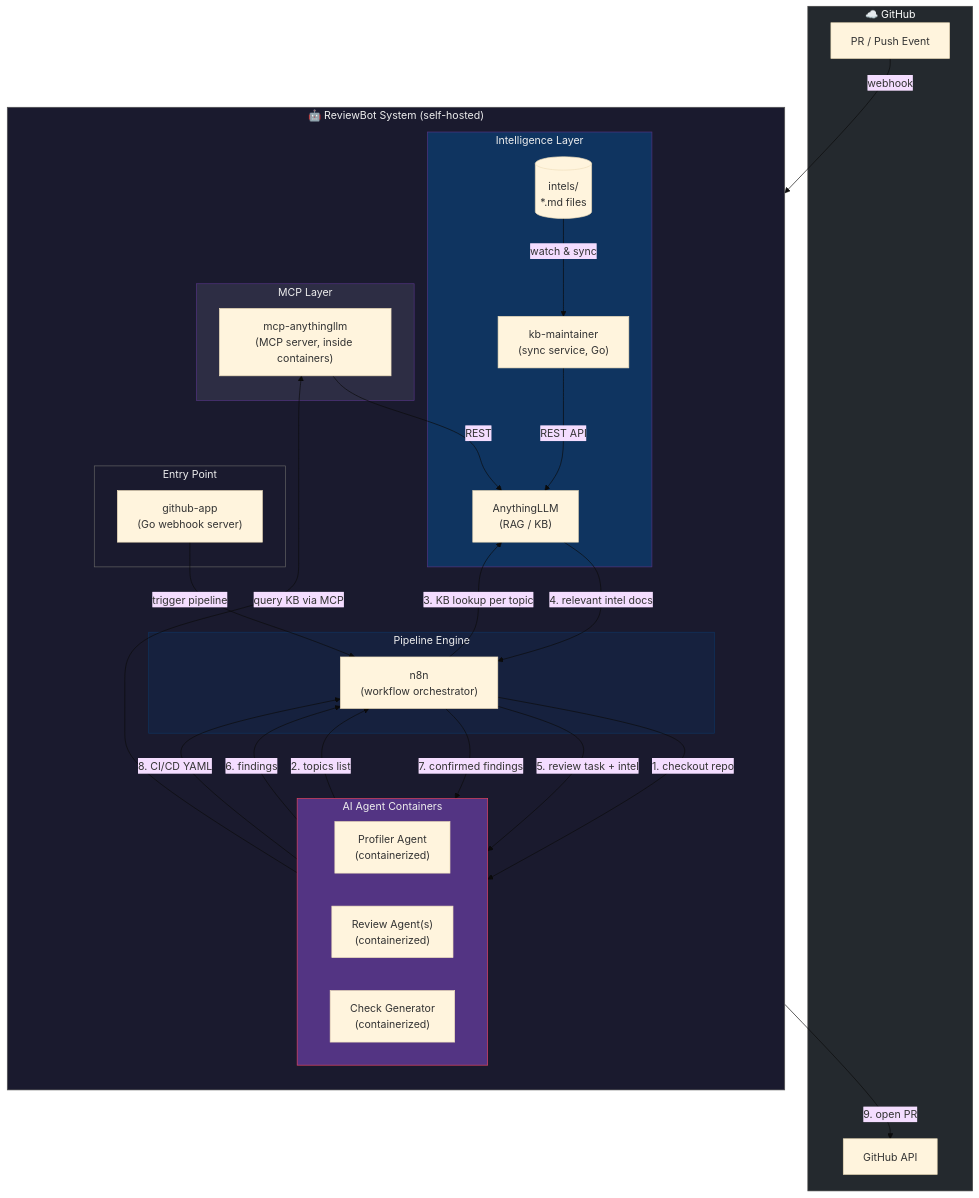
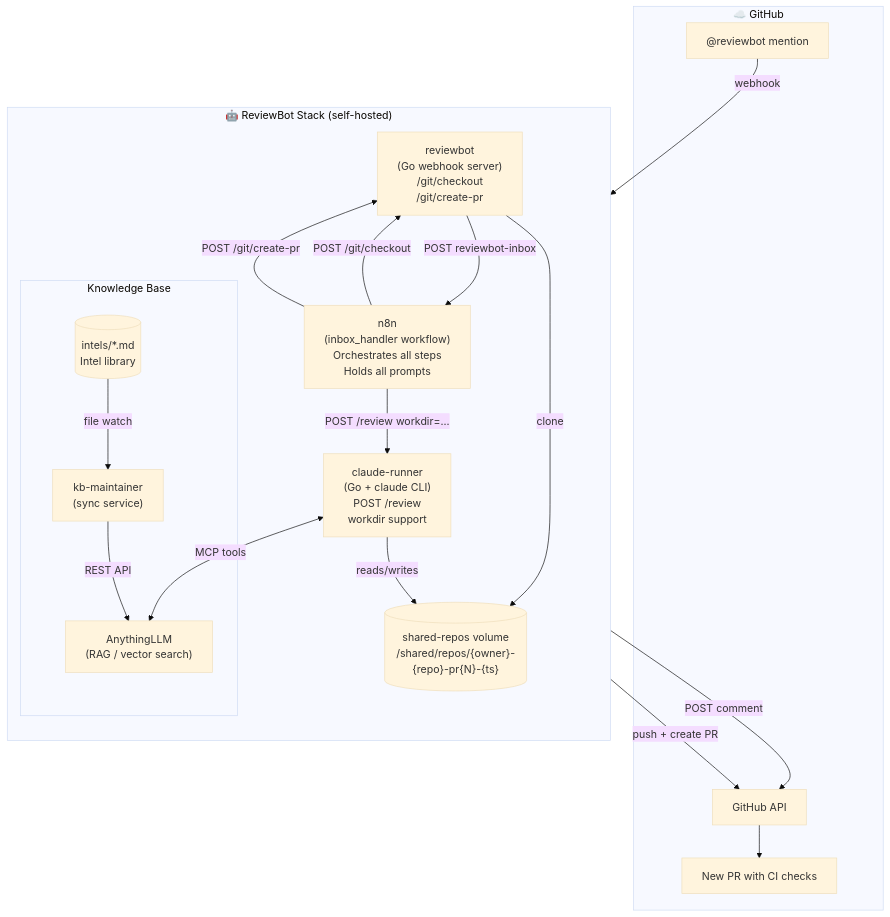
The diagram in ARCHITECTURE.md (korjavin/reviewbot), drawn with Mermaid (base theme) before and after one commit. The commit also changed other lines of this file and 13 other files, not shown here.

First line of the commit message:
feat: add inbox_handler pipeline — checkout, workdir, git ops endpoints

````diff
--- a/ARCHITECTURE.md
+++ b/ARCHITECTURE.md
@@ -151,62 +212,40 @@
 ```mermaid
 graph TB
     subgraph GITHUB["☁️ GitHub"]
-        GH_PR["PR / Push Event"]
+        GH_COMMENT["@reviewbot mention"]
         GH_API["GitHub API"]
+        GH_PR["New PR with CI checks"]
     end
 
-    subgraph REVIEWBOT["🤖 ReviewBot System (self-hosted)"]
+    subgraph STACK["🤖 ReviewBot Stack (self-hosted)"]
         direction TB
 
-        subgraph TRIGGER["Entry Point"]
-            APP["github-app\n(Go webhook server)"]
+        RB["reviewbot\n(Go webhook server)\n/git/checkout\n/git/create-pr"]
+
+        N8N["n8n\n(inbox_handler workflow)\nOrchestrates all steps\nHolds all prompts"]
+
+        CR["claude-runner\n(Go + claude CLI)\nPOST /review\nworkdir support"]
+
+        subgraph KB["Knowledge Base"]
+            ALLM["AnythingLLM\n(RAG / vector search)"]
+            KBM["kb-maintainer\n(sync service)"]
+            INTELS[("intels/*.md\nIntel library")]
         end
 
-        subgraph PIPELINE["Pipeline Engine"]
-            N8N["n8n\n(workflow orchestrator)"]
-        end
-
-        subgraph INTEL["Intelligence Layer"]
-            ANYLLM["AnythingLLM\n(RAG / KB)"]
-            KBMAINT["kb-maintainer\n(sync service, Go)"]
-            INTELS[("intels/\n*.md files")]
-        end
-
-        subgraph AGENTS["AI Agent Containers"]
-            direction LR
-            PROFILER["Profiler Agent\n(containerized)"]
-            REVIEWER["Review Agent(s)\n(containerized)"]
-            CHECKER["Check Generator\n(containerized)"]
-        end
-
-        subgraph MCP["MCP Layer"]
-            MCPSERVER["mcp-anythingllm\n(MCP server, inside containers)"]
-        end
+        SHARED[("shared-repos volume\n/shared/repos/{owner}-{repo}-pr{N}-{ts}")]
     end
 
-    GH_PR -->|webhook| APP
-    APP -->|trigger pipeline| N8N
-
-    N8N -->|1. checkout repo| PROFILER
-    PROFILER -->|2. topics list| N8N
-    N8N -->|3. KB lookup per topic| ANYLLM
-    ANYLLM -->|4. relevant intel docs| N8N
-    N8N -->|5. review task + intel| REVIEWER
-    REVIEWER -->|query KB via MCP| MCPSERVER
-    MCPSERVER -->|REST| ANYLLM
-    REVIEWER -->|6. findings| N8N
-    N8N -->|7. confirmed findings| CHECKER
-    CHECKER -->|8. CI/CD YAML| N8N
-    N8N -->|9. open PR| GH_API
-
-    INTELS -->|watch & sync| KBMAINT
-    KBMAINT -->|REST API| ANYLLM
-
-    style GITHUB fill:#24292e,color:#fff,stroke:#444
-    style REVIEWBOT fill:#1a1a2e,color:#eee,stroke:#555
-    style PIPELINE fill:#16213e,color:#eee,stroke:#0f3460
-    style INTEL fill:#0f3460,color:#eee,stroke:#533483
-    style AGENTS fill:#533483,color:#eee,stroke:#e94560
-    style MCP fill:#2d2d44,color:#eee,stroke:#533483
-    style TRIGGER fill:#1a1a2e,color:#eee,stroke:#666
+    GH_COMMENT -->|webhook| RB
+    RB -->|POST reviewbot-inbox| N8N
+    N8N -->|POST /git/checkout| RB
+    RB -->|clone| SHARED
+    N8N -->|POST /review workdir=...| CR
+    CR -->|reads/writes| SHARED
+    CR <-->|MCP tools| ALLM
+    N8N -->|POST /git/create-pr| RB
+    RB -->|push + create PR| GH_API
+    GH_API --> GH_PR
+    N8N -->|POST comment| GH_API
+    INTELS -->|file watch| KBM
+    KBM -->|REST API| ALLM
 ```
````
